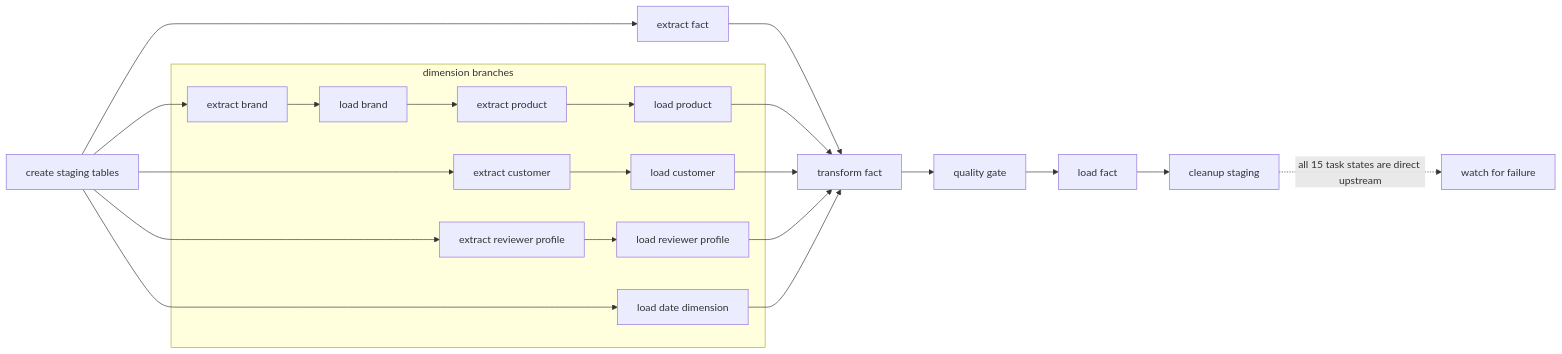
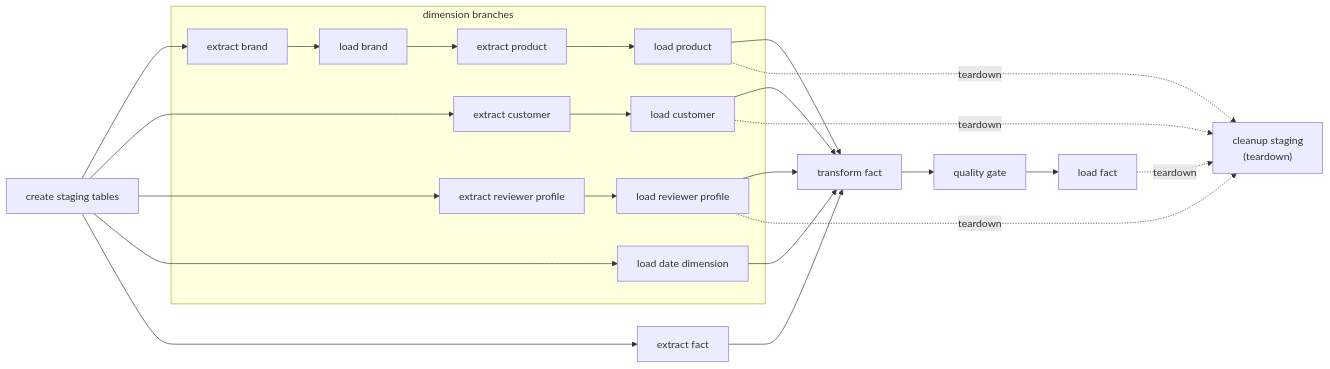
The third of 3 diagrams in README.md (samekshya/sephora-analytics-pipeline), drawn with Mermaid before and after one commit. The commit also changed other lines of this file and 16 other files, not shown here.

````diff
--- a/README.md
+++ b/README.md
@@ -241,25 +241,28 @@
 ```mermaid
 flowchart LR
     START[create staging tables]
 
     subgraph DIMS[dimension branches]
         EB[extract brand] --> LB[load brand] --> EP[extract product] --> LP[load product]
         EC[extract customer] --> LC[load customer]
         ER[extract reviewer profile] --> LR[load reviewer profile]
         DD[load date dimension]
     end
 
     START --> EB
     START --> EC
     START --> ER
     START --> DD
     START --> EF[extract fact] --> TF[transform fact]
     LP --> TF
     LC --> TF
     LR --> TF
     DD --> TF
 
     TF --> QF[quality gate] --> LF[load fact]
-    LF --> CLEAN[cleanup staging]
-    CLEAN -. "all 15 task states are direct upstream" .-> WATCH[watch for failure]
+
+    LF -. teardown .-> CLEAN["cleanup staging<br/>(teardown)"]
+    LP -. teardown .-> CLEAN
+    LC -. teardown .-> CLEAN
+    LR -. teardown .-> CLEAN
 ```
````
